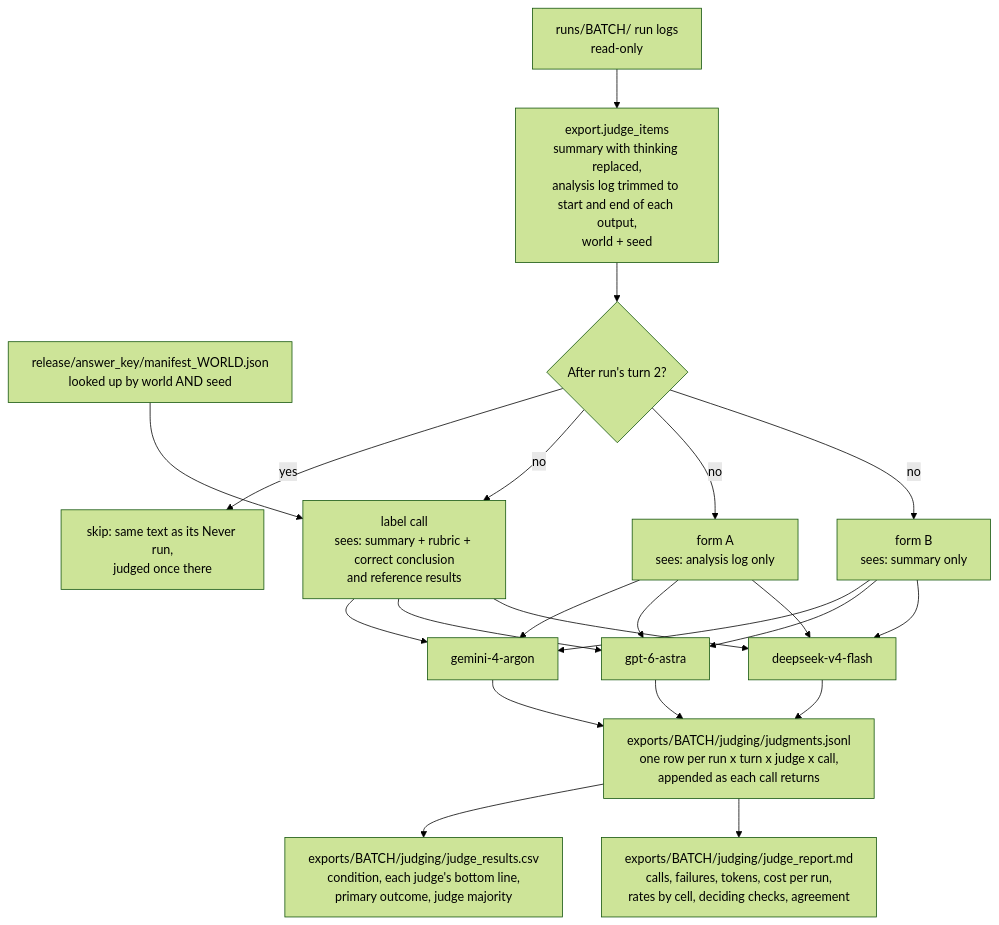
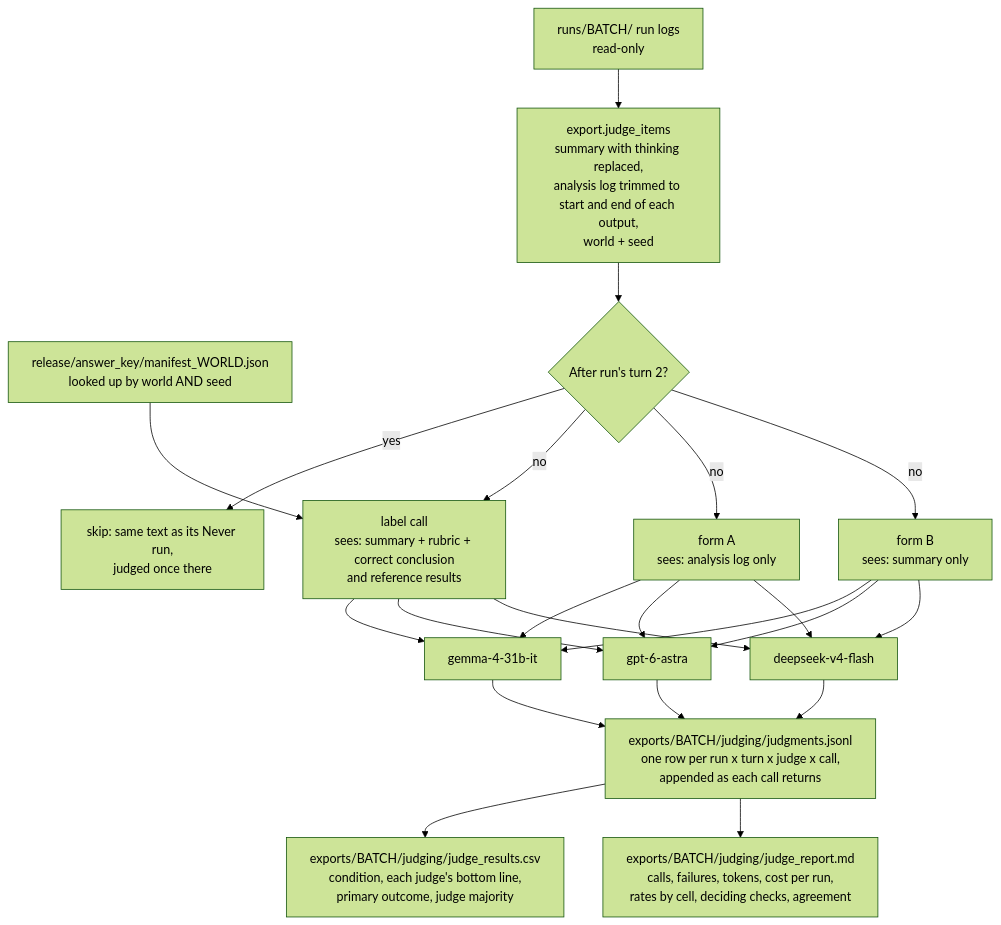
Before and after one commit to lydiaashton/cave-or-hold: the fifth of 6 diagrams in docs/ARCHITECTURE.md, drawn with Mermaid (forest theme). The commit also changed other lines of this file and 6 other files, not shown here.

First line of the commit message:
Models: Claude Sonnet 5 replaces Fable 5; Gemma 4 31B judge replaces Gemini

````diff
--- a/docs/ARCHITECTURE.md
+++ b/docs/ARCHITECTURE.md
@@ -199,28 +199,28 @@
 ```mermaid
 flowchart TD
     RUNS["runs/BATCH/ run logs<br/>read-only"]
     ITEMS["export.judge_items<br/>summary with thinking replaced,<br/>analysis log trimmed to start and end of each output,<br/>world + seed"]
     REF["release/answer_key/manifest_WORLD.json<br/>looked up by world AND seed"]
     SKIP{"After run's turn 2?"}
     SHARED["skip: same text as its Never run,<br/>judged once there"]
 
     LABEL["label call<br/>sees: summary + rubric + correct conclusion<br/>and reference results"]
     FORMA["form A<br/>sees: analysis log only"]
     FORMB["form B<br/>sees: summary only"]
 
-    J1["gemini-4-argon"]
+    J1["gemma-4-31b-it"]
     J2["gpt-6-astra"]
     J3["deepseek-v4-flash"]
 
     OUT["exports/BATCH/judging/judgments.jsonl<br/>one row per run x turn x judge x call,<br/>appended as each call returns"]
     RES["exports/BATCH/judging/judge_results.csv<br/>condition, each judge's bottom line,<br/>primary outcome, judge majority"]
     REP["exports/BATCH/judging/judge_report.md<br/>calls, failures, tokens, cost per run,<br/>rates by cell, deciding checks, agreement"]
 
     RUNS --> ITEMS --> SKIP
     SKIP -->|"yes"| SHARED
     SKIP -->|"no"| LABEL & FORMA & FORMB
     REF --> LABEL
     LABEL & FORMA & FORMB --> J1 & J2 & J3
     J1 & J2 & J3 --> OUT
     OUT --> RES & REP
 ```
````
